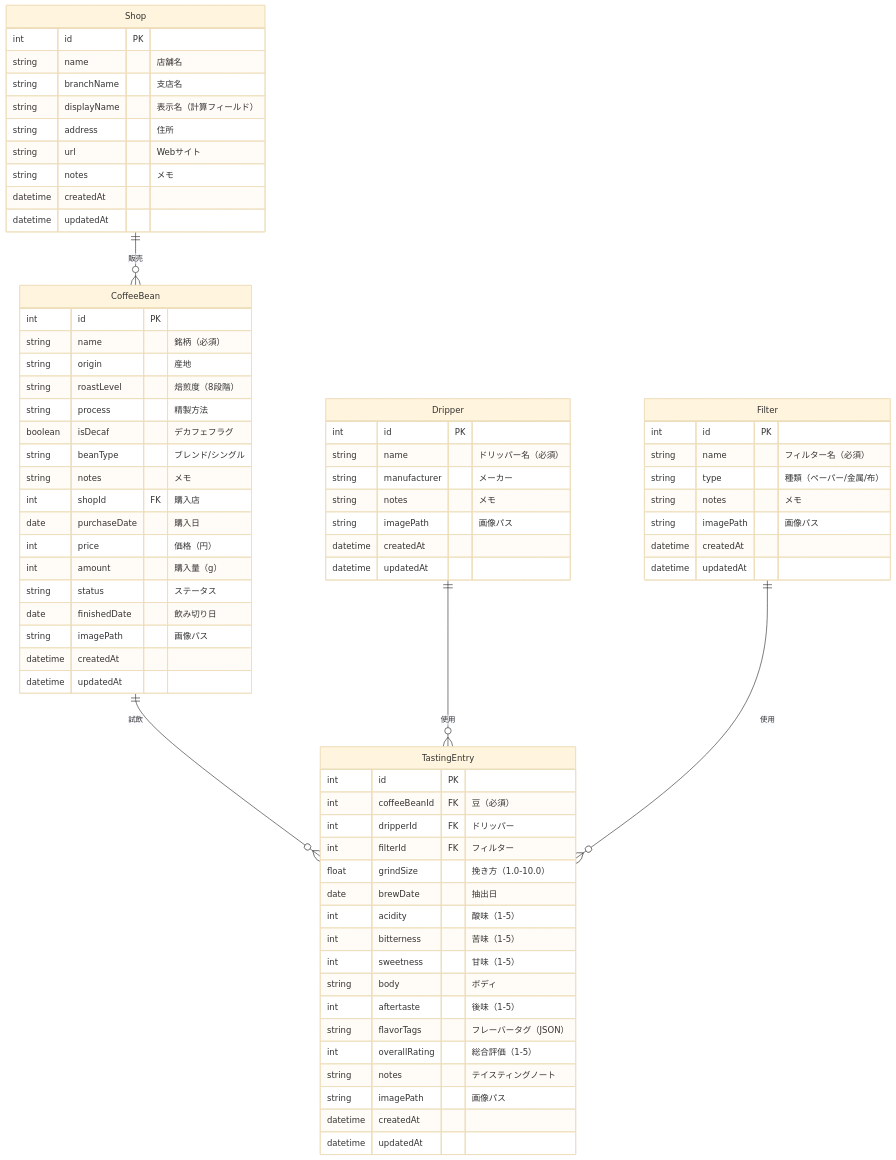
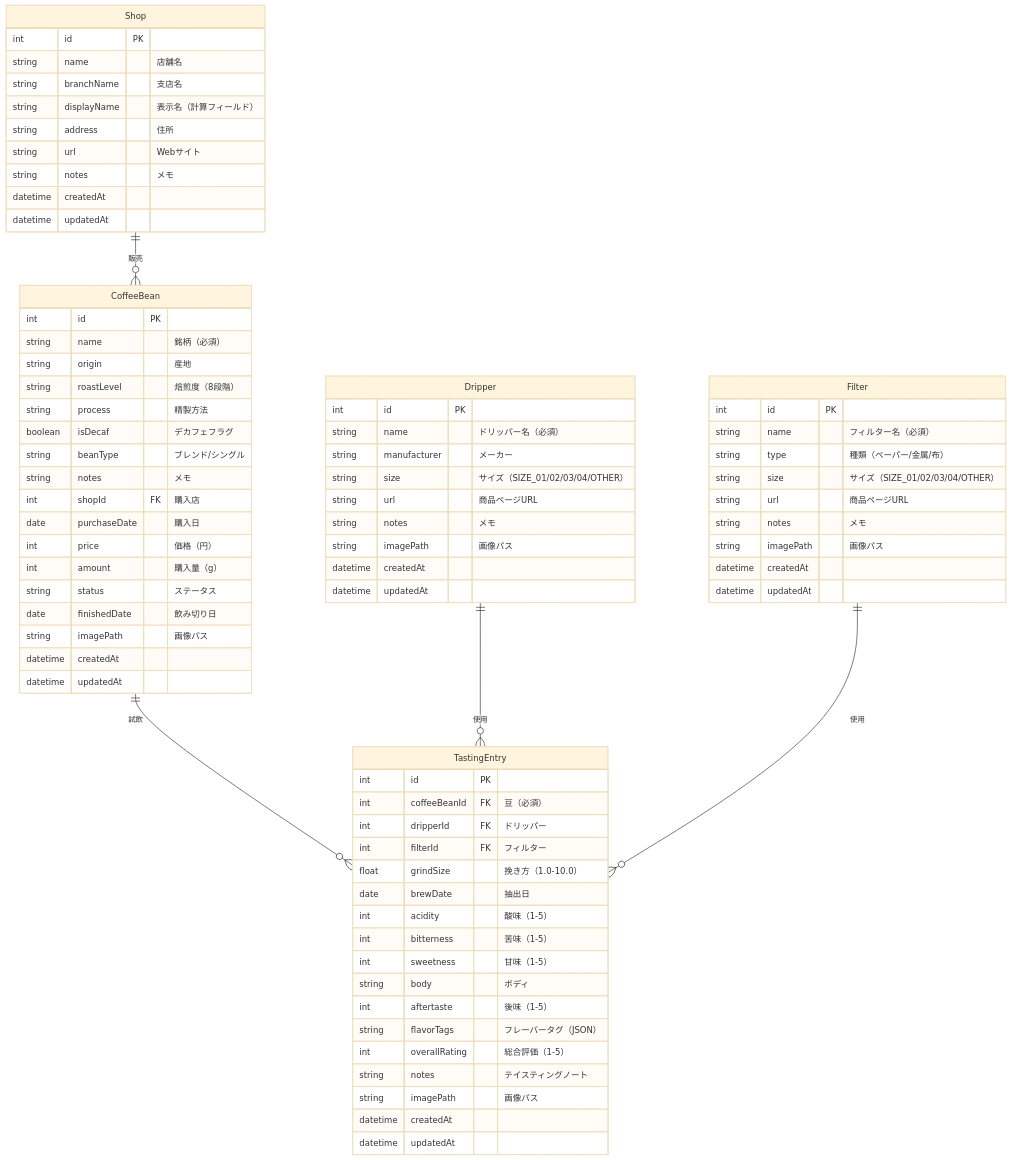
One commit to jyama4ta/coffee-tasting-journal changed the diagram in docs/data-model.md. Above: the diagram before and after it, drawn with Mermaid (base theme). The commit also changed other lines of this file and 16 other files, not shown here.

```diff
--- a/docs/data-model.md
+++ b/docs/data-model.md
@@ -30,6 +30,8 @@
         int id PK
         string name "ドリッパー名（必須）"
         string manufacturer "メーカー"
+        string size "サイズ（SIZE_01/02/03/04/OTHER）"
+        string url "商品ページURL"
         string notes "メモ"
         string imagePath "画像パス"
         datetime createdAt
@@ -40,6 +42,8 @@
         int id PK
         string name "フィルター名（必須）"
         string type "種類（ペーパー/金属/布）"
+        string size "サイズ（SIZE_01/02/03/04/OTHER）"
+        string url "商品ページURL"
         string notes "メモ"
         string imagePath "画像パス"
         datetime createdAt
```
